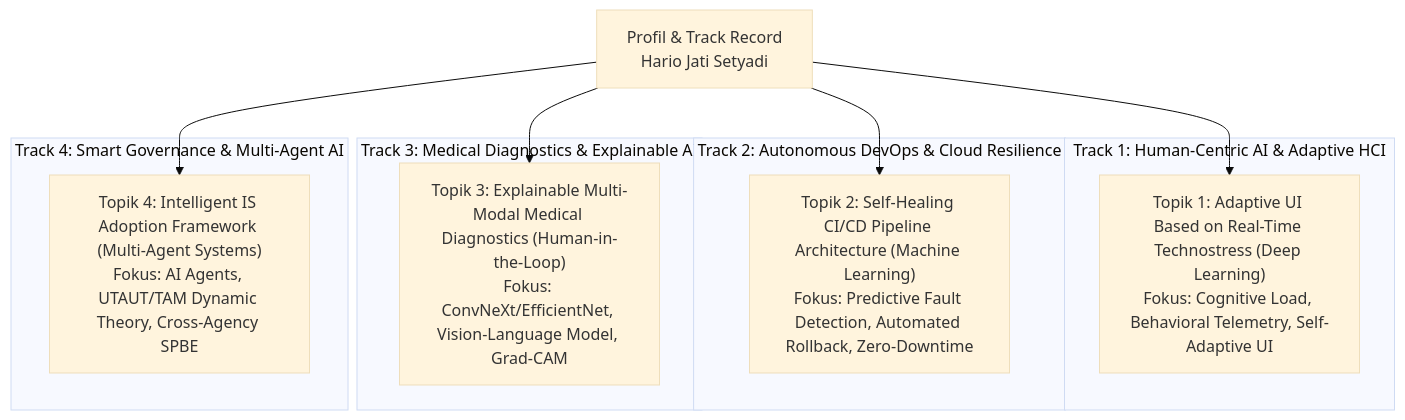
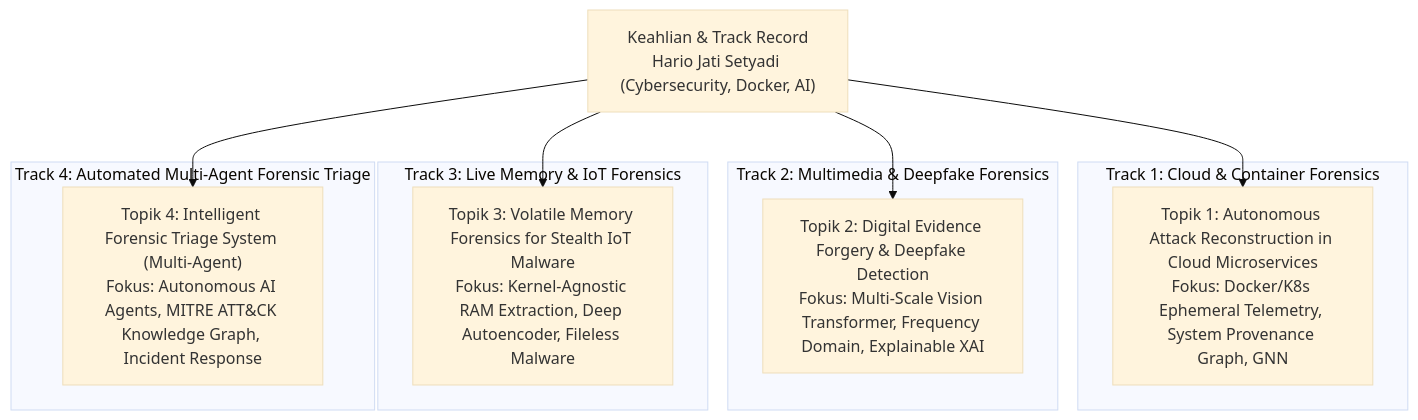
One commit to antonprafanto/hario changed the diagram in README.md. Above: the diagram before and after it, drawn with Mermaid (base theme). The commit also changed other lines of this file and 8 other files, not shown here.

Commit message:
feat(forensics): rumuskan 4 usulan topik disertasi unggulan bidang Digital Forensik untuk Pak Hario

````diff
--- a/README.md
+++ b/README.md
@@ -37,20 +37,20 @@
 ```mermaid
 graph TD
-    subgraph Track1 ["Track 1: Human-Centric AI & Adaptive HCI"]
-        T1["Topik 1: Adaptive UI Based on Real-Time Technostress (Deep Learning)<br/>Fokus: Cognitive Load, Behavioral Telemetry, Self-Adaptive UI"]
+    subgraph Track1 ["Track 1: Cloud & Container Forensics"]
+        T1["Topik 1: Autonomous Attack Reconstruction in Cloud Microservices<br/>Fokus: Docker/K8s Ephemeral Telemetry, System Provenance Graph, GNN"]
     end
-    subgraph Track2 ["Track 2: Autonomous DevOps & Cloud Resilience"]
-        T2["Topik 2: Self-Healing CI/CD Pipeline Architecture (Machine Learning)<br/>Fokus: Predictive Fault Detection, Automated Rollback, Zero-Downtime"]
+    subgraph Track2 ["Track 2: Multimedia & Deepfake Forensics"]
+        T2["Topik 2: Digital Evidence Forgery & Deepfake Detection<br/>Fokus: Multi-Scale Vision Transformer, Frequency Domain, Explainable XAI"]
     end
-    subgraph Track3 ["Track 3: Medical Diagnostics & Explainable AI"]
-        T3["Topik 3: Explainable Multi-Modal Medical Diagnostics (Human-in-the-Loop)<br/>Fokus: ConvNeXt/EfficientNet, Vision-Language Model, Grad-CAM"]
+    subgraph Track3 ["Track 3: Live Memory & IoT Forensics"]
+        T3["Topik 3: Volatile Memory Forensics for Stealth IoT Malware<br/>Fokus: Kernel-Agnostic RAM Extraction, Deep Autoencoder, Fileless Malware"]
     end
-    subgraph Track4 ["Track 4: Smart Governance & Multi-Agent AI"]
-        T4["Topik 4: Intelligent IS Adoption Framework (Multi-Agent Systems)<br/>Fokus: AI Agents, UTAUT/TAM Dynamic Theory, Cross-Agency SPBE"]
+    subgraph Track4 ["Track 4: Automated Multi-Agent Forensic Triage"]
+        T4["Topik 4: Intelligent Forensic Triage System (Multi-Agent)<br/>Fokus: Autonomous AI Agents, MITRE ATT&CK Knowledge Graph, Incident Response"]
     end
 
-    Profile["Profil & Track Record<br/>Hario Jati Setyadi"] --> T1
+    Profile["Keahlian & Track Record<br/>Hario Jati Setyadi (Cybersecurity, Docker, AI)"] --> T1
     Profile --> T2
     Profile --> T3
     Profile --> T4
 ```
````
